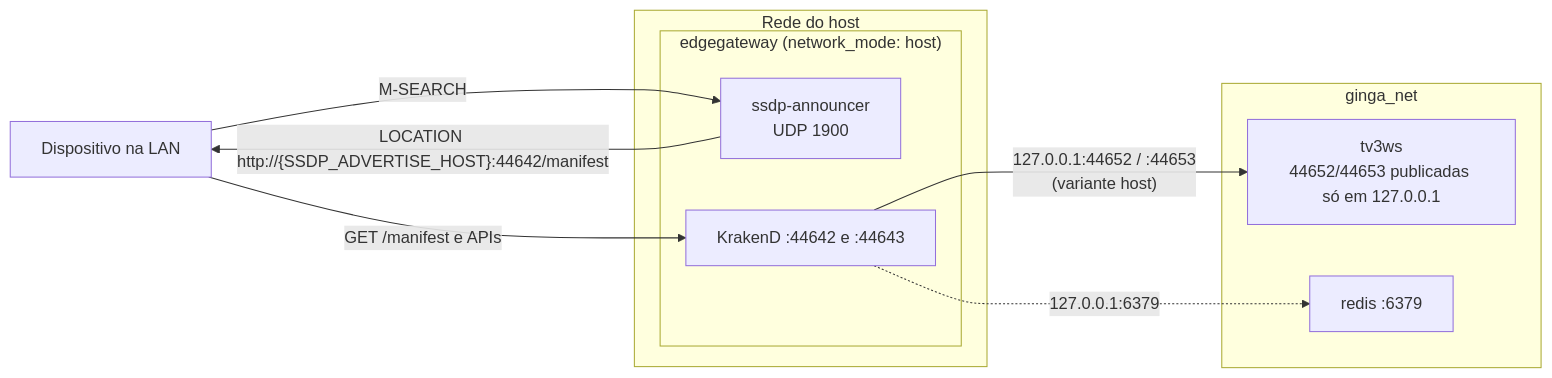
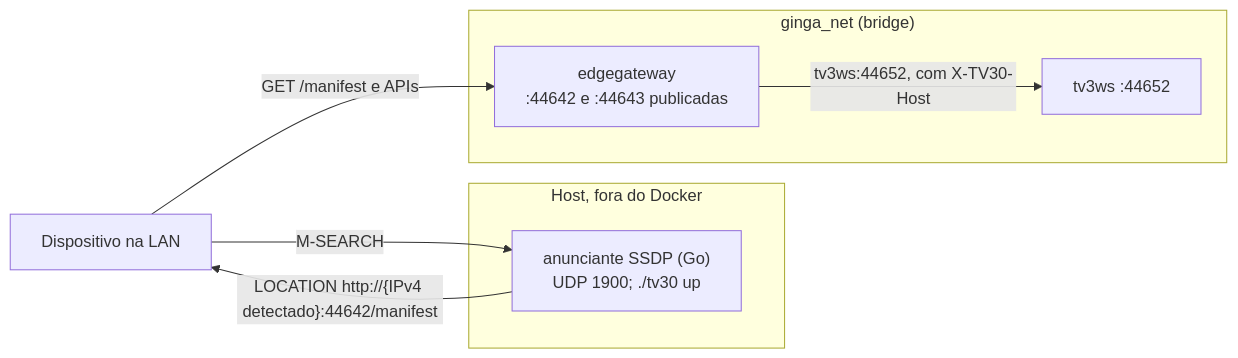
Before and after one commit to multisens/Infra: the second of 3 diagrams in docs/00-diagrama-unificado.md, drawn with Mermaid. The commit also changed other lines of this file and 41 other files, not shown here.

Commit message:
feat: TLS na 44643, versoes negociadas na borda, anunciante SSDP nativo e classes por superficie

````diff
--- a/docs/00-diagrama-unificado.md
+++ b/docs/00-diagrama-unificado.md
@@ -80,19 +83,15 @@
 ```mermaid
 graph LR
     LAN["Dispositivo na LAN"]
-    subgraph HOST["Rede do host"]
-        subgraph EDGE2["edgegateway (network_mode: host)"]
-            SS["ssdp-announcer<br/>UDP 1900"]
-            K2["KrakenD :44642 e :44643"]
-        end
+    subgraph HOST["Host, fora do Docker"]
+        SS["anunciante SSDP (Go)<br/>UDP 1900; ./tv30 up"]
     end
-    subgraph NET2["ginga_net"]
-        T2["tv3ws<br/>44652/44653 publicadas só em 127.0.0.1"]
-        R2["redis :6379"]
+    subgraph NET2["ginga_net (bridge)"]
+        K2["edgegateway<br/>:44642 e :44643 publicadas"]
+        T2["tv3ws :44652"]
     end
     LAN -->|"M-SEARCH"| SS
-    SS -->|"LOCATION http://{SSDP_ADVERTISE_HOST}:44642/manifest"| LAN
+    SS -->|"LOCATION http://{IPv4 detectado}:44642/manifest"| LAN
     LAN -->|"GET /manifest e APIs"| K2
-    K2 -->|"127.0.0.1:44652 / :44653<br/>(variante host)"| T2
-    K2 -.->|"127.0.0.1:6379"| R2
+    K2 -->|"tv3ws:44652, com X-TV30-Host"| T2
 ```
````
